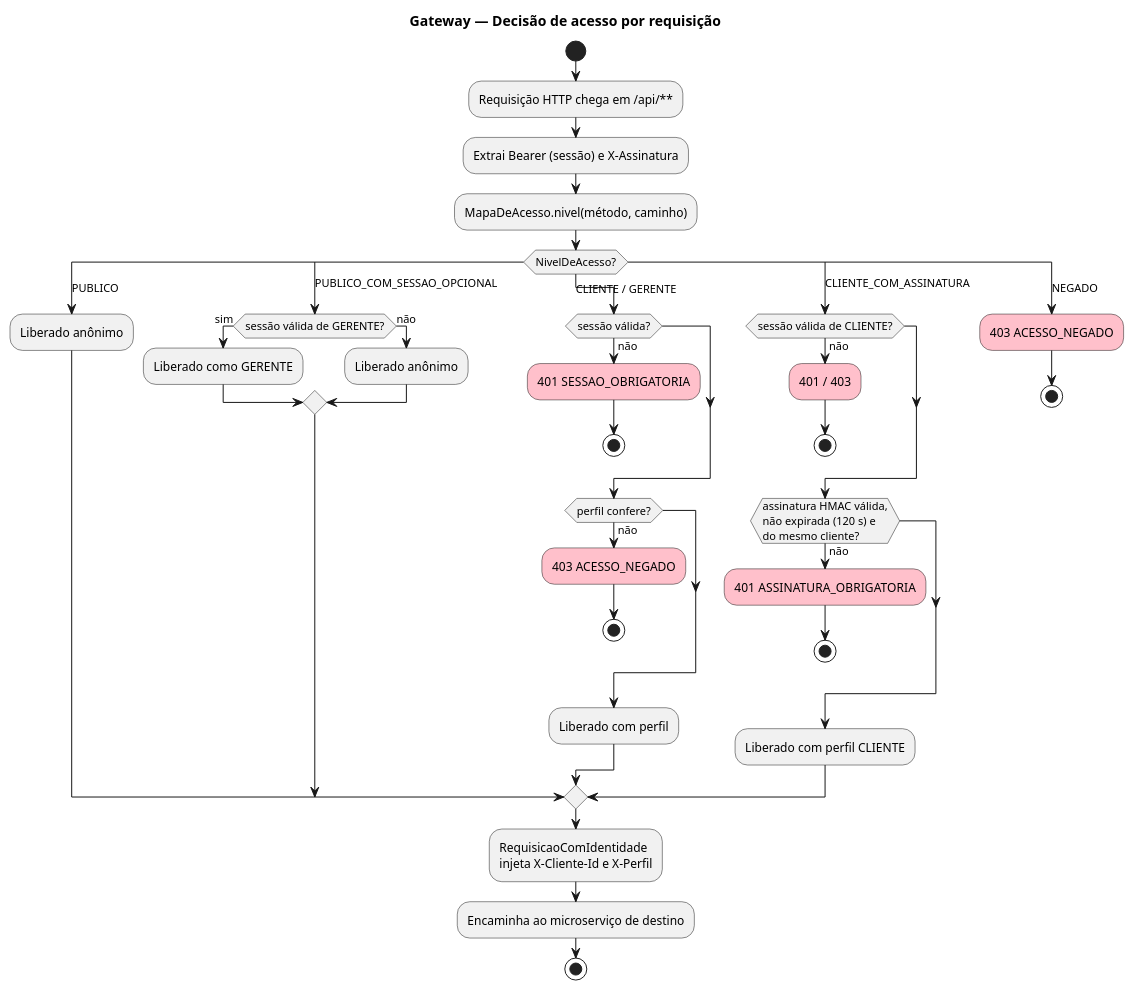
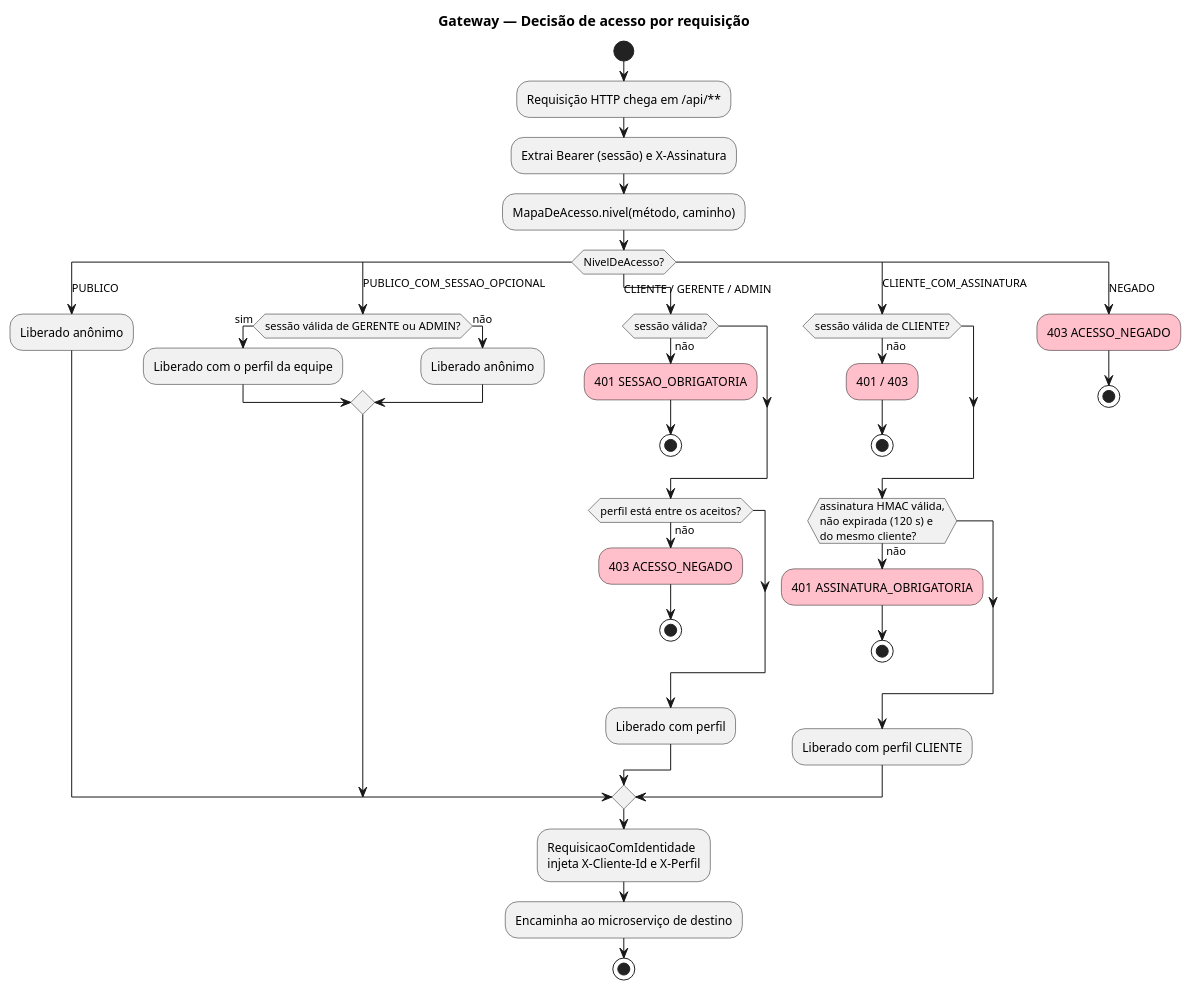
Before and after one commit to Endrigogustavo/OrbitaPay: the diagram in docs/plantuml/05-atividade-gateway.puml, drawn with PlantUML. The commit also changed 71 other files, not shown here.

First line of the commit message:
feat: add access levels (cliente, gerente, admin) and run the app on the web

```diff
--- a/docs/plantuml/05-atividade-gateway.puml
+++ b/docs/plantuml/05-atividade-gateway.puml
@@ -1,49 +1,49 @@
 @startuml 05-atividade-gateway
 title Gateway — Decisão de acesso por requisição
 
 skinparam shadowing false
 skinparam defaultFontName "Segoe UI"
 
 start
 :Requisição HTTP chega em /api/**;
 :Extrai Bearer (sessão) e X-Assinatura;
 :MapaDeAcesso.nivel(método, caminho);
 
 switch (NivelDeAcesso?)
 case (PUBLICO)
   :Liberado anônimo;
 case (PUBLICO_COM_SESSAO_OPCIONAL)
-  if (sessão válida de GERENTE?) then (sim)
-    :Liberado como GERENTE;
+  if (sessão válida de GERENTE ou ADMIN?) then (sim)
+    :Liberado com o perfil da equipe;
   else (não)
     :Liberado anônimo;
   endif
-case (CLIENTE / GERENTE)
+case (CLIENTE / GERENTE / ADMIN)
   if (sessão válida?) then (não)
     #pink:401 SESSAO_OBRIGATORIA;
     stop
   endif
-  if (perfil confere?) then (não)
+  if (perfil está entre os aceitos?) then (não)
     #pink:403 ACESSO_NEGADO;
     stop
   endif
   :Liberado com perfil;
 case (CLIENTE_COM_ASSINATURA)
   if (sessão válida de CLIENTE?) then (não)
     #pink:401 / 403;
     stop
   endif
   if (assinatura HMAC válida,\nnão expirada (120 s) e\ndo mesmo cliente?) then (não)
     #pink:401 ASSINATURA_OBRIGATORIA;
     stop
   endif
   :Liberado com perfil CLIENTE;
 case (NEGADO)
   #pink:403 ACESSO_NEGADO;
   stop
 endswitch
 
 :RequisicaoComIdentidade\ninjeta X-Cliente-Id e X-Perfil;
 :Encaminha ao microserviço de destino;
 stop
 @enduml
```
